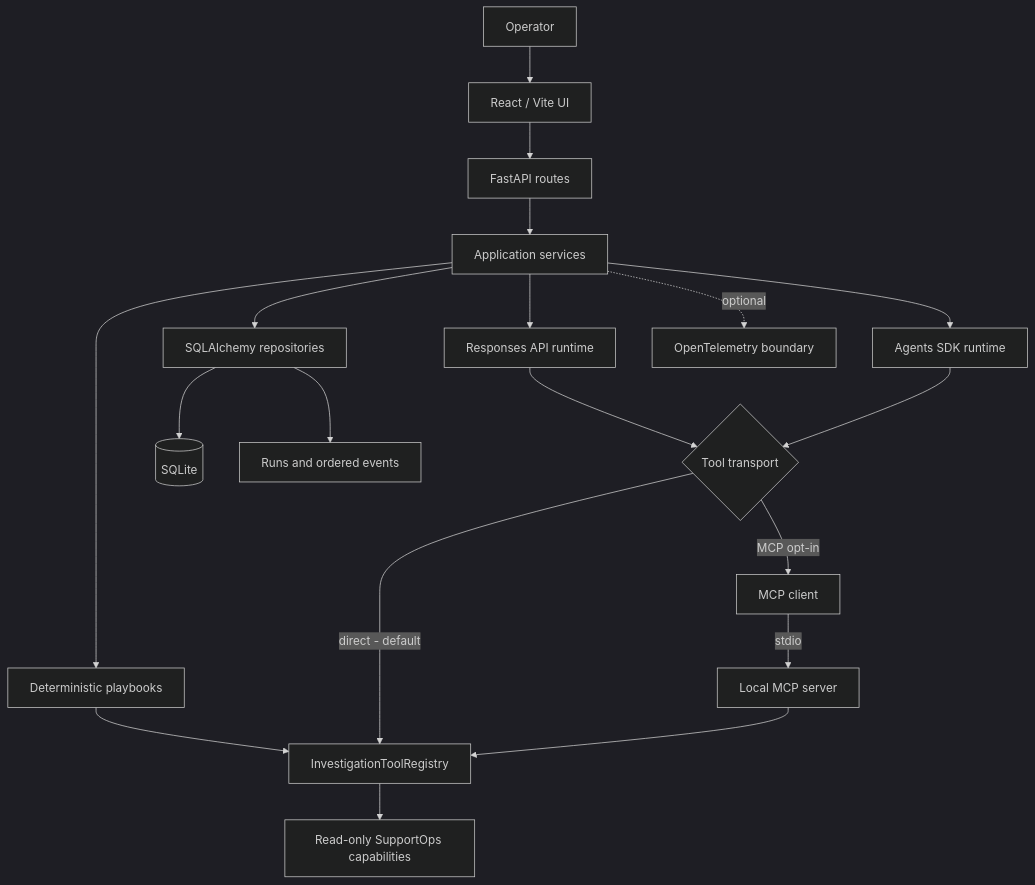
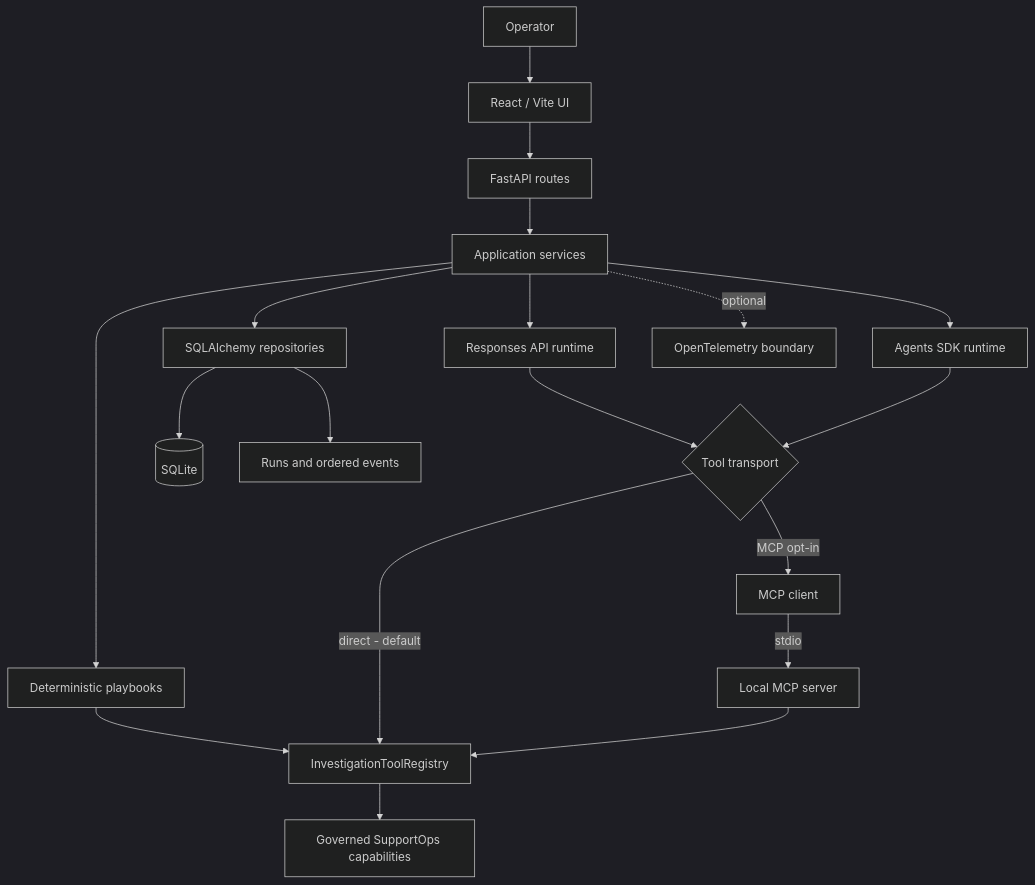
The diagram in README.md (cmosantos/agentic-supportops), drawn with Mermaid (dark theme) before and after one commit. The commit also changed other lines of this file and 13 other files, not shown here.

````diff
--- a/README.md
+++ b/README.md
@@ -37,21 +37,21 @@
 ```mermaid
 flowchart TD
     Operator[Operator] --> Web[React / Vite UI]
     Web --> API[FastAPI routes]
     API --> Services[Application services]
     Services --> Deterministic[Deterministic playbooks]
     Services --> Responses[Responses API runtime]
     Services --> Agents[Agents SDK runtime]
     Deterministic --> Registry[InvestigationToolRegistry]
     Responses --> Transport{Tool transport}
     Agents --> Transport
     Transport -->|direct - default| Registry
     Transport -->|MCP opt-in| Client[MCP client]
     Client -->|stdio| Server[Local MCP server]
     Server --> Registry
-    Registry --> Capabilities[Read-only SupportOps capabilities]
+    Registry --> Capabilities[Governed SupportOps capabilities]
     Services --> Repository[SQLAlchemy repositories]
     Repository --> SQLite[(SQLite)]
     Repository --> History[Runs and ordered events]
     Services -. optional .-> OTel[OpenTelemetry boundary]
 ```
````
